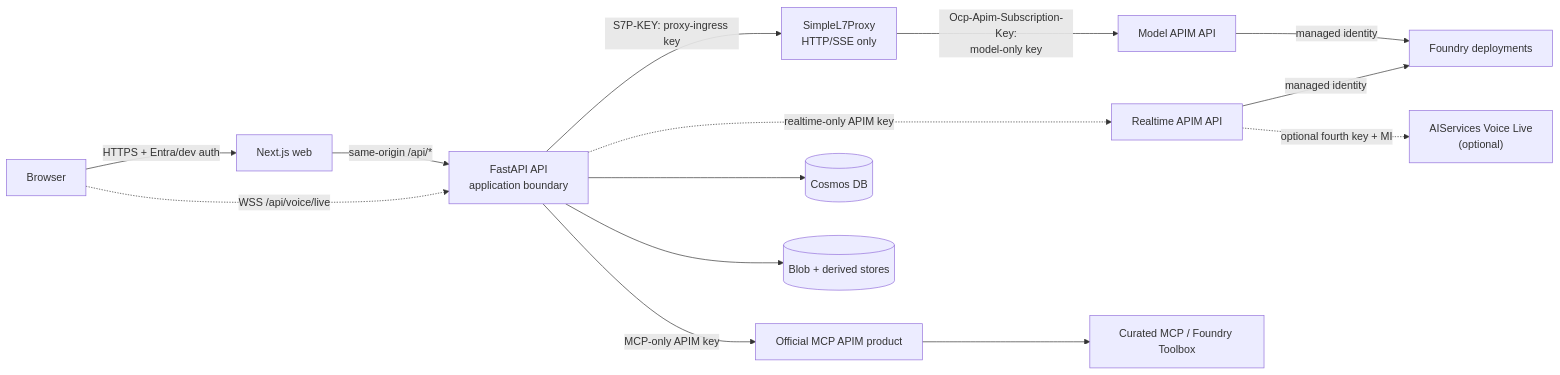
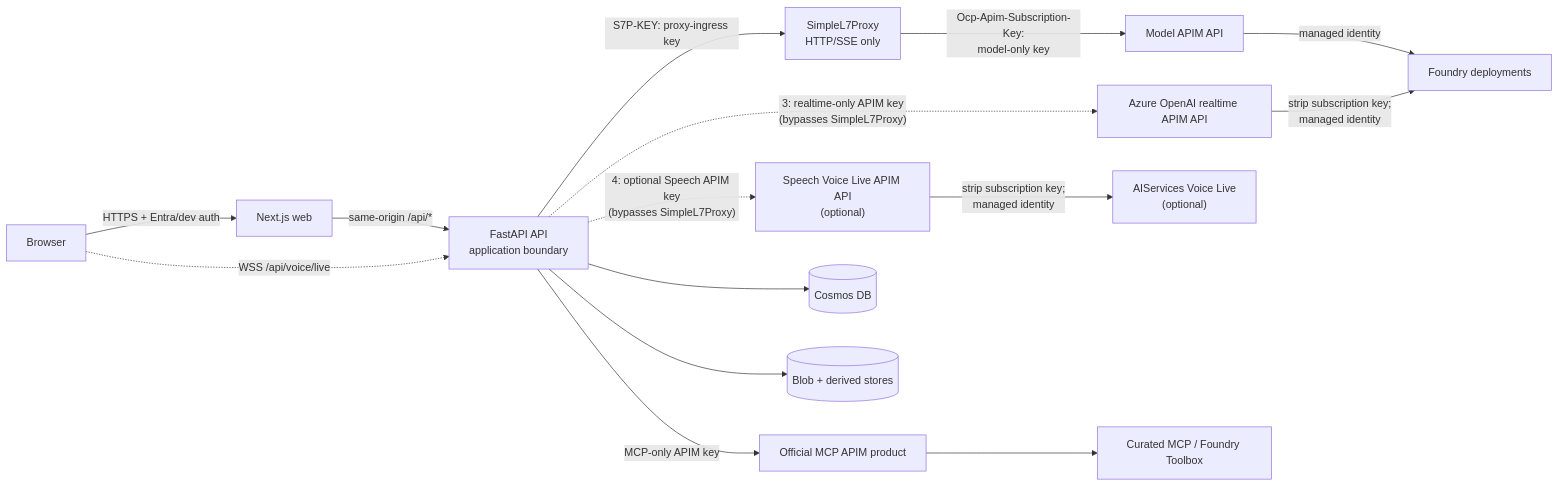
The diagram in docs/architecture.md (ian-t-adams/AI4IA), drawn with Mermaid before and after one commit. The commit also changed other lines of this file and 4 other files, not shown here.

````diff
--- a/docs/architecture.md
+++ b/docs/architecture.md
@@ -56,29 +56,31 @@
 ```mermaid
 flowchart LR
   B["Browser"]
   W["Next.js web"]
   A["FastAPI API<br/>application boundary"]
   P["SimpleL7Proxy<br/>HTTP/SSE only"]
   G["Model APIM API"]
-  R["Realtime APIM API"]
+  R["Azure OpenAI realtime APIM API"]
+  V["Speech Voice Live APIM API<br/>(optional)"]
   M["Official MCP APIM product"]
   F["Foundry deployments"]
   S["AIServices Voice Live<br/>(optional)"]
   T["Curated MCP / Foundry Toolbox"]
   C[("Cosmos DB")]
   D[("Blob + derived stores")]
 
   B -->|"HTTPS + Entra/dev auth"| W
   W -->|"same-origin /api/*"| A
   B -. "WSS /api/voice/live" .-> A
   A -->|"S7P-KEY: proxy-ingress key"| P
   P -->|"Ocp-Apim-Subscription-Key:<br/>model-only key"| G
   G -->|"managed identity"| F
-  A -. "realtime-only APIM key" .-> R
-  R -->|"managed identity"| F
-  R -. "optional fourth key + MI" .-> S
+  A -. "3: realtime-only APIM key<br/>(bypasses SimpleL7Proxy)" .-> R
+  R -->|"strip subscription key;<br/>managed identity"| F
+  A -. "4: optional Speech APIM key<br/>(bypasses SimpleL7Proxy)" .-> V
+  V -->|"strip subscription key;<br/>managed identity"| S
   A -->|"MCP-only APIM key"| M
   M --> T
   A --> C
   A --> D
 ```
````
